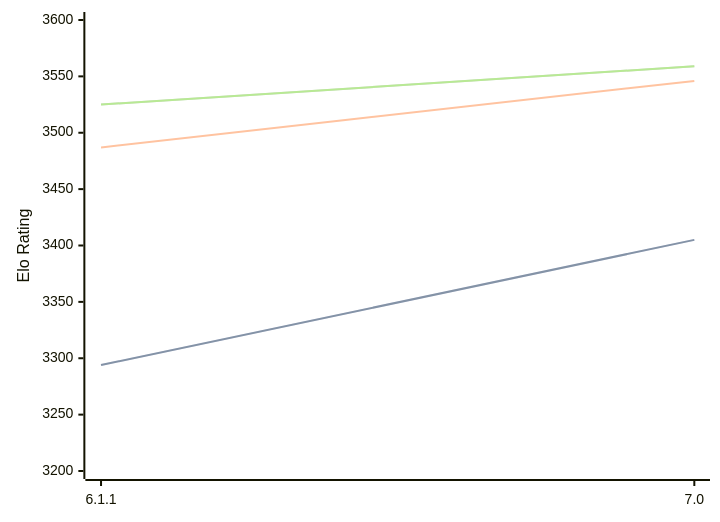
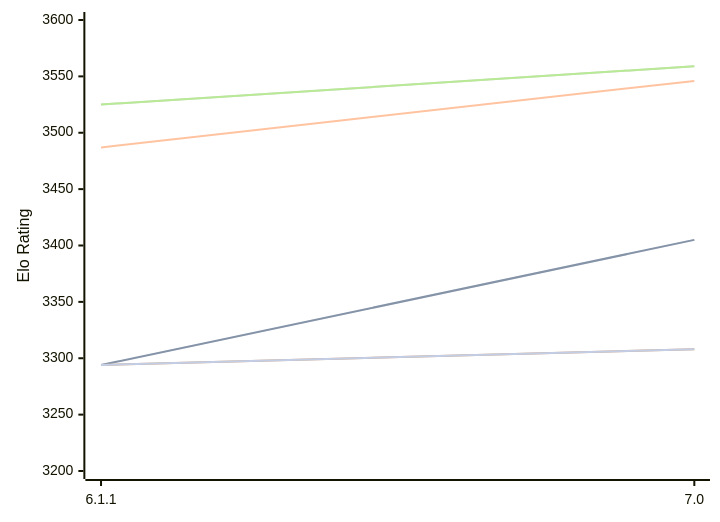
One commit to computer-chess-index/cci changed the diagram in engines/Astra.md. Above: the diagram before and after it, drawn with Mermaid. The commit also changed other lines of this file, not shown here.

Commit message:
Update CCI Ratings (ELO VLTC) - 2026-10-11

````diff
--- a/engines/Astra.md
+++ b/engines/Astra.md
@@ -48,16 +48,13 @@
 ```mermaid
 %%{init: {"theme":"base","themeVariables":{"seriesColors:['#a3a3a3','#222221','#faa371']}}}%%
 xychart-beta
   x-axis ["6.1.1", "7.0"]
   y-axis "Elo Rating" 3200 --> 3600
   line "" [3294, 3405]
   line "T1: STC (8.0+0.08s)" [3294, 3405]
   line "T1: LTC (60.0+0.60s)" [3487, 3546]
   line "" [3525, 3559]
   line "T1: VLTC (2m24s+1.12s)" [3525, 3559]
-  line "" [3294]
-  line "E1: STC (8.0+0.08s)" [3294]
-  line "E1: LTC (60.0+0.60s)" [3529]
-  line "" [3584]
-  line "E1: VLTC (2m24s+1.12s)" [3584]
+  line "" [3294,3308]
+  line "E1: STC (8.0+0.08s)" [3294,3308]
 ```
````
